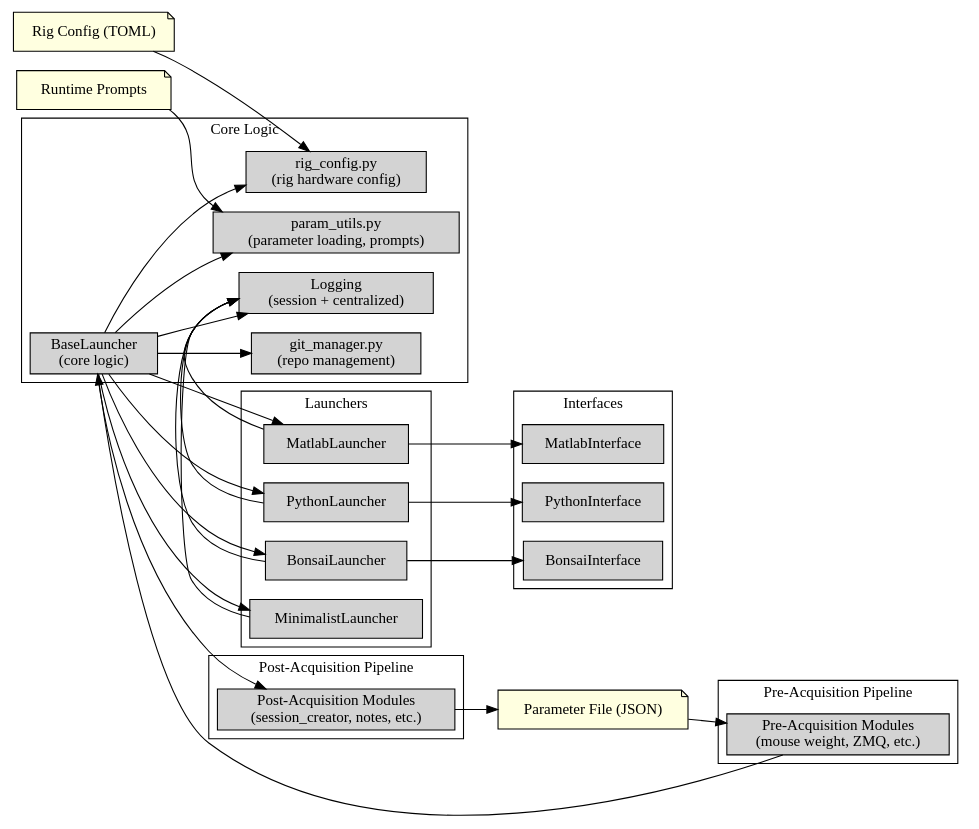
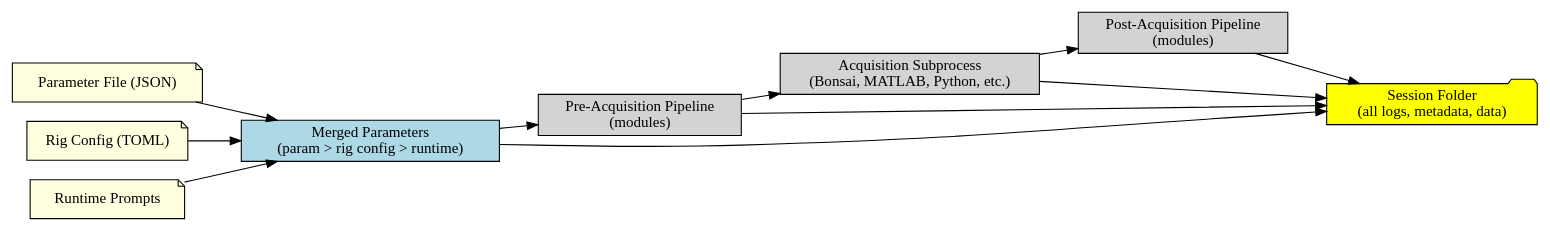
Before and after one commit to AllenNeuralDynamics/openscope-experimental-launcher: the diagram in docs/source/architecture.rst, drawn with Graphviz. The commit also changed other lines of this file, not shown here.

Commit message:
Update architecture doc: clarify experiment flow, parameter merging, and session folder writes in diagram and text

```diff
--- a/docs/source/architecture.rst
+++ b/docs/source/architecture.rst
@@ -4,67 +4,26 @@
 .. graphviz::
 
-   digraph launcher_architecture {
+   digraph launcher_flow {
        rankdir=LR;
        node [shape=box, style=filled, fillcolor=lightgray];
-
-       subgraph cluster_core {
-           label="Core Logic";
-           BaseLauncher [label="BaseLauncher\n(core logic)"];
-           ParamUtils [label="param_utils.py\n(parameter loading, prompts)"];
-           RigConfig [label="rig_config.py\n(rig hardware config)"];
-           GitManager [label="git_manager.py\n(repo management)"];
-           Logging [label="Logging\n(session + centralized)"];
-       }
-
-       subgraph cluster_launchers {
-           label="Launchers";
-           BonsaiLauncher [label="BonsaiLauncher"];
-           MatlabLauncher [label="MatlabLauncher"];
-           PythonLauncher [label="PythonLauncher"];
-           MinimalistLauncher [label="MinimalistLauncher"];
-       }
-
-       subgraph cluster_pre {
-           label="Pre-Acquisition Pipeline";
-           PreModules [label="Pre-Acquisition Modules\n(mouse weight, ZMQ, etc.)"];
-       }
-
-       subgraph cluster_post {
-           label="Post-Acquisition Pipeline";
-           PostModules [label="Post-Acquisition Modules\n(session_creator, notes, etc.)"];
-       }
-
-       subgraph cluster_interfaces {
-           label="Interfaces";
-           InterfaceBonsai [label="BonsaiInterface"];
-           InterfaceMatlab [label="MatlabInterface"];
-           InterfacePython [label="PythonInterface"];
-       }
 
        ParamFile [label="Parameter File (JSON)", shape=note, fillcolor=lightyellow];
        RigConfigFile [label="Rig Config (TOML)", shape=note, fillcolor=lightyellow];
        RuntimePrompt [label="Runtime Prompts", shape=note, fillcolor=lightyellow];
+       ParamMerge [label="Merged Parameters\n(param > rig config > runtime)", shape=box, fillcolor=lightblue];
+       PrePipeline [label="Pre-Acquisition Pipeline\n(modules)"];
+       Acquisition [label="Acquisition Subprocess\n(Bonsai, MATLAB, Python, etc.)"];
+       PostPipeline [label="Post-Acquisition Pipeline\n(modules)"];
+       SessionFolder [label="Session Folder\n(all logs, metadata, data)", shape=folder, fillcolor=yellow];
 
-       # Relationships
-       ParamFile -> PreModules;
-       PreModules -> BaseLauncher;
-       BaseLauncher -> BonsaiLauncher;
-       BaseLauncher -> MatlabLauncher;
-       BaseLauncher -> PythonLauncher;
-       BaseLauncher -> MinimalistLauncher;
-       BonsaiLauncher -> InterfaceBonsai;
-       MatlabLauncher -> InterfaceMatlab;
-       PythonLauncher -> InterfacePython;
-       BaseLauncher -> ParamUtils;
-       BaseLauncher -> RigConfig;
-       BaseLauncher -> GitManager;
-       BaseLauncher -> Logging;
-       BonsaiLauncher -> Logging;
-       MatlabLauncher -> Logging;
-       PythonLauncher -> Logging;
-       MinimalistLauncher -> Logging;
-       BaseLauncher -> PostModules;
-       PostModules -> ParamFile;
-       RigConfigFile -> RigConfig;
-       RuntimePrompt -> ParamUtils;
+       ParamFile -> ParamMerge;
+       RigConfigFile -> ParamMerge;
+       RuntimePrompt -> ParamMerge;
+       ParamMerge -> PrePipeline;
+       PrePipeline -> Acquisition;
+       Acquisition -> PostPipeline;
+       PrePipeline -> SessionFolder;
+       Acquisition -> SessionFolder;
+       PostPipeline -> SessionFolder;
+       ParamMerge -> SessionFolder;
    }
```
